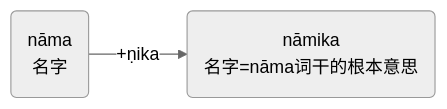
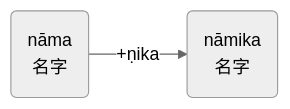
Before and after one commit to iapt-platform/pali-handbook: diagram 38 of 42 in src/derivative/bheda.md, drawn with Mermaid (neutral theme). The commit also changed other lines of this file, not shown here.

```diff
--- a/src/derivative/bheda.md
+++ b/src/derivative/bheda.md
@@ -299,6 +348,6 @@
 <div class="mermaid">
 flowchart LR
 X("nāma<br>名字")
-Y("nāmika<br>名字=nāma词干的根本意思")
+Y("nāmika<br>名字")
 X--"+ṇika"-->Y
 </div>
```
